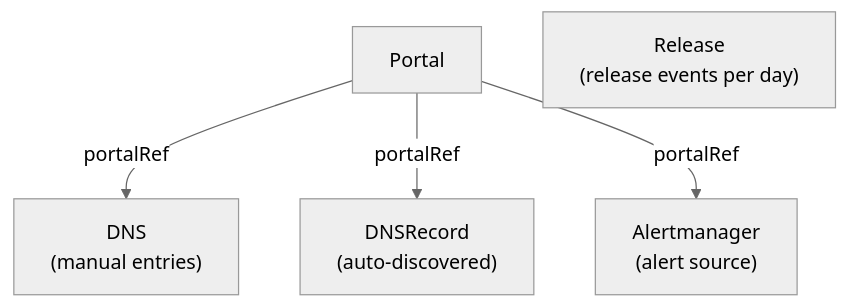
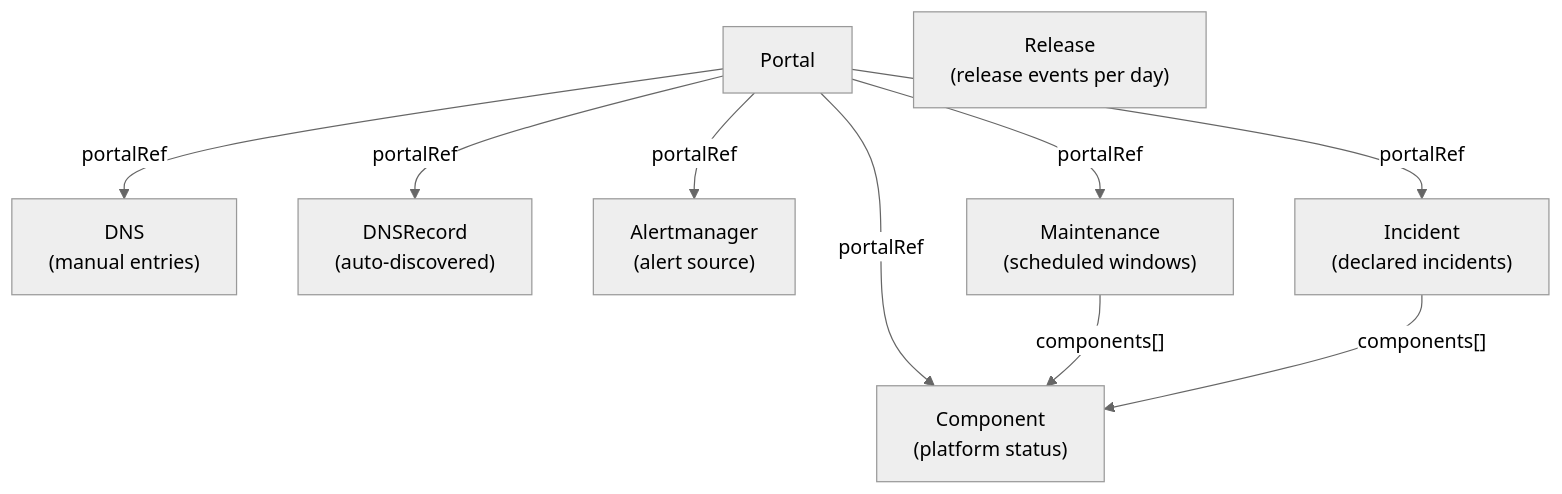
One commit to golgoth31/sreportal changed the second of 4 diagrams in docs/content/docs/architecture.md. Above: the diagram before and after it, drawn with Mermaid (neutral theme). The commit also changed other lines of this file and 101 other files, not shown here.

First line of the commit message:
feat(statuspage): add status page with component, maintenance and incident CRDs (#162)

````diff
--- a/docs/content/docs/architecture.md
+++ b/docs/content/docs/architecture.md
@@ -42,11 +42,19 @@
 ```mermaid
 graph TD
     Portal -->|portalRef| DNS["DNS
     (manual entries)"]
     Portal -->|portalRef| DNSRecord["DNSRecord
     (auto-discovered)"]
     Portal -->|portalRef| Alertmanager["Alertmanager
     (alert source)"]
+    Portal -->|portalRef| Component["Component
+    (platform status)"]
+    Portal -->|portalRef| Maintenance["Maintenance
+    (scheduled windows)"]
+    Portal -->|portalRef| Incident["Incident
+    (declared incidents)"]
+    Maintenance -->|"components[]"| Component
+    Incident -->|"components[]"| Component
     Release["Release
     (release events per day)"]
 ```
````
